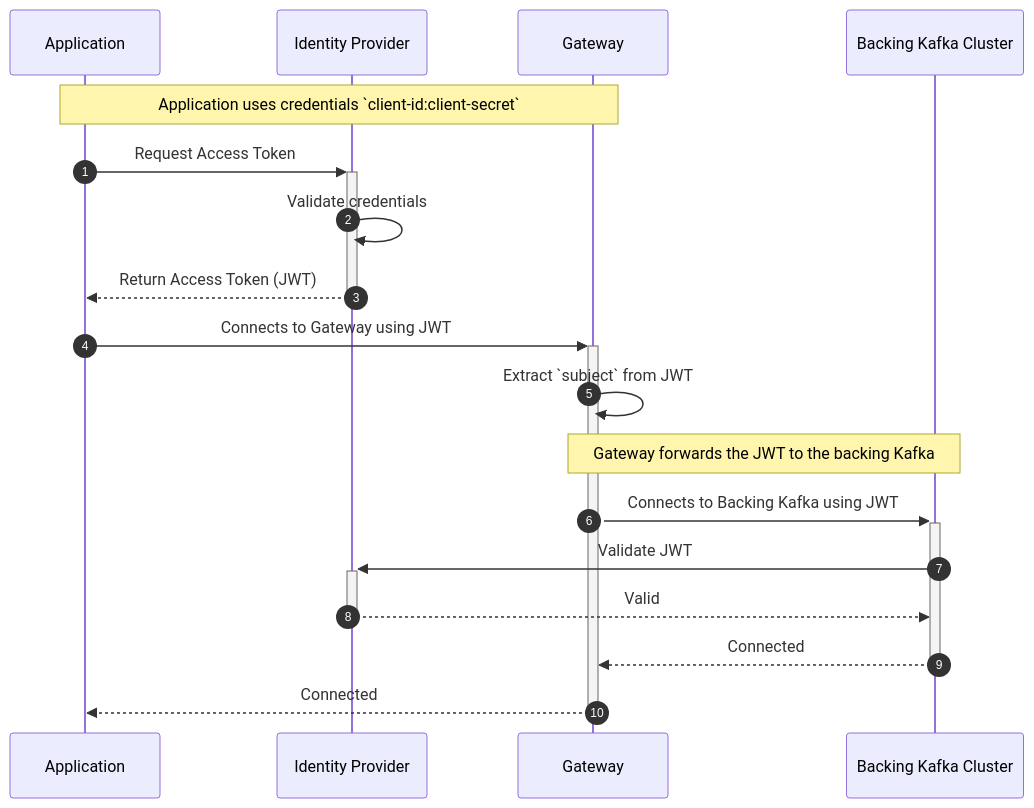
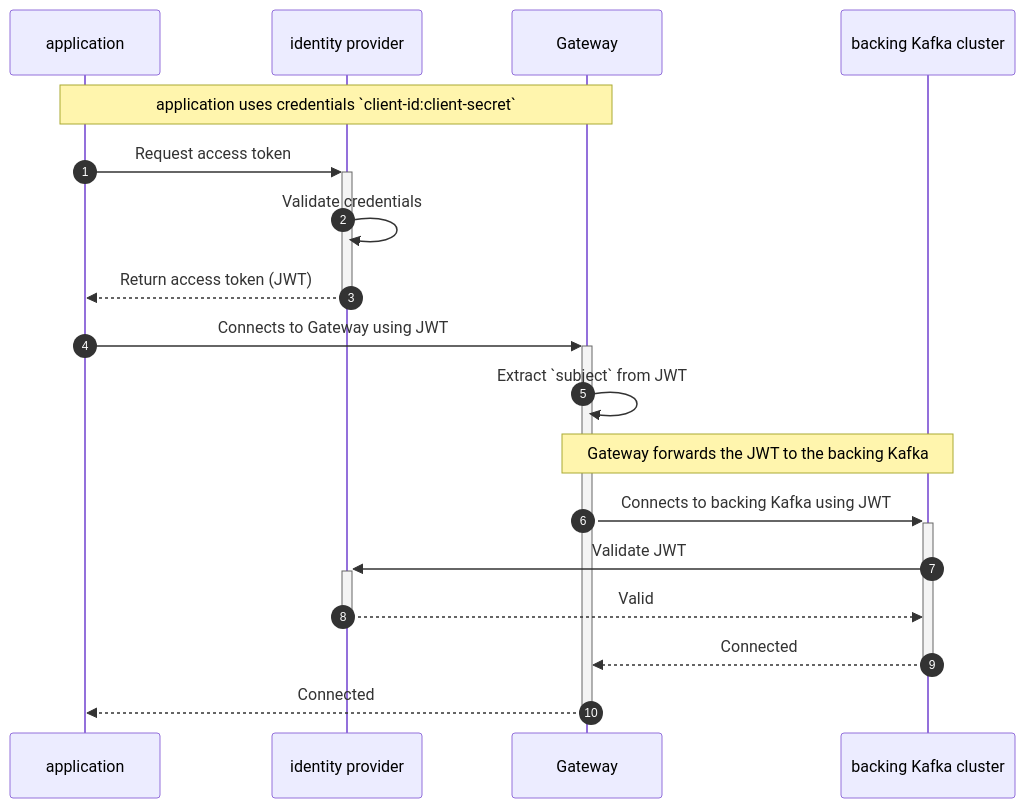
One commit to conduktor/conduktor-docs changed the seventh of 8 diagrams in docs/gateway/configuration/index.md. Above: the diagram before and after it, drawn with Mermaid. The commit also changed other lines of this file, not shown here.

````diff
--- a/docs/gateway/configuration/index.md
+++ b/docs/gateway/configuration/index.md
@@ -165,21 +180,21 @@
 ```mermaid
 sequenceDiagram
 	autonumber
-	participant A as Application 
-	participant I as Identity Provider
+	participant A as application 
+	participant I as identity provider
     participant GW as Gateway
-    participant K as Backing Kafka Cluster
+    participant K as backing Kafka cluster
 	
-	Note over A,GW: Application uses credentials `client-id:client-secret`
-	A->>+I: Request Access Token
+	Note over A,GW: application uses credentials `client-id:client-secret`
+	A->>+I: Request access token
 	I->>I: Validate credentials
-    I-->>-A: Return Access Token (JWT)
+    I-->>-A: Return access token (JWT)
     A->>+GW: Connects to Gateway using JWT
     GW->>GW: Extract `subject` from JWT
     Note over GW,K: Gateway forwards the JWT to the backing Kafka
-    GW->>+K: Connects to Backing Kafka using JWT
+    GW->>+K: Connects to backing Kafka using JWT
     K->>+I: Validate JWT
     I-->>-K: Valid
     K-->>-GW: Connected
     GW-->>-A: Connected
 ```
````
